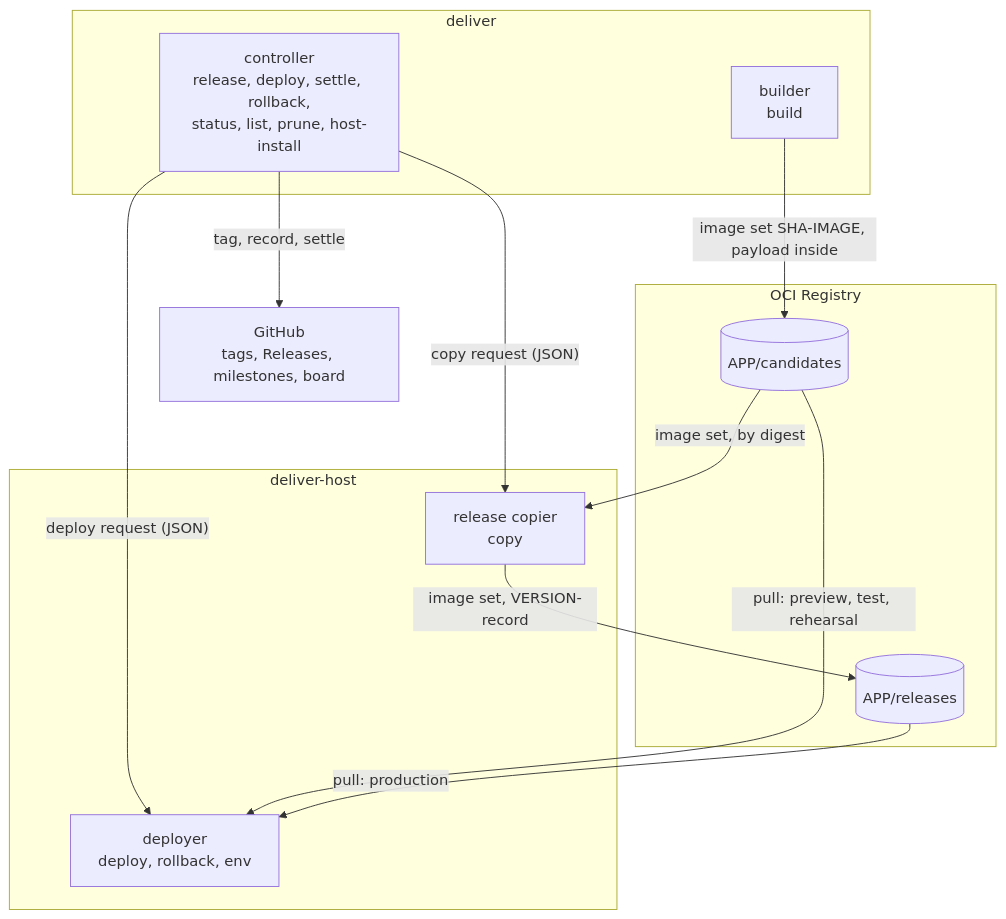
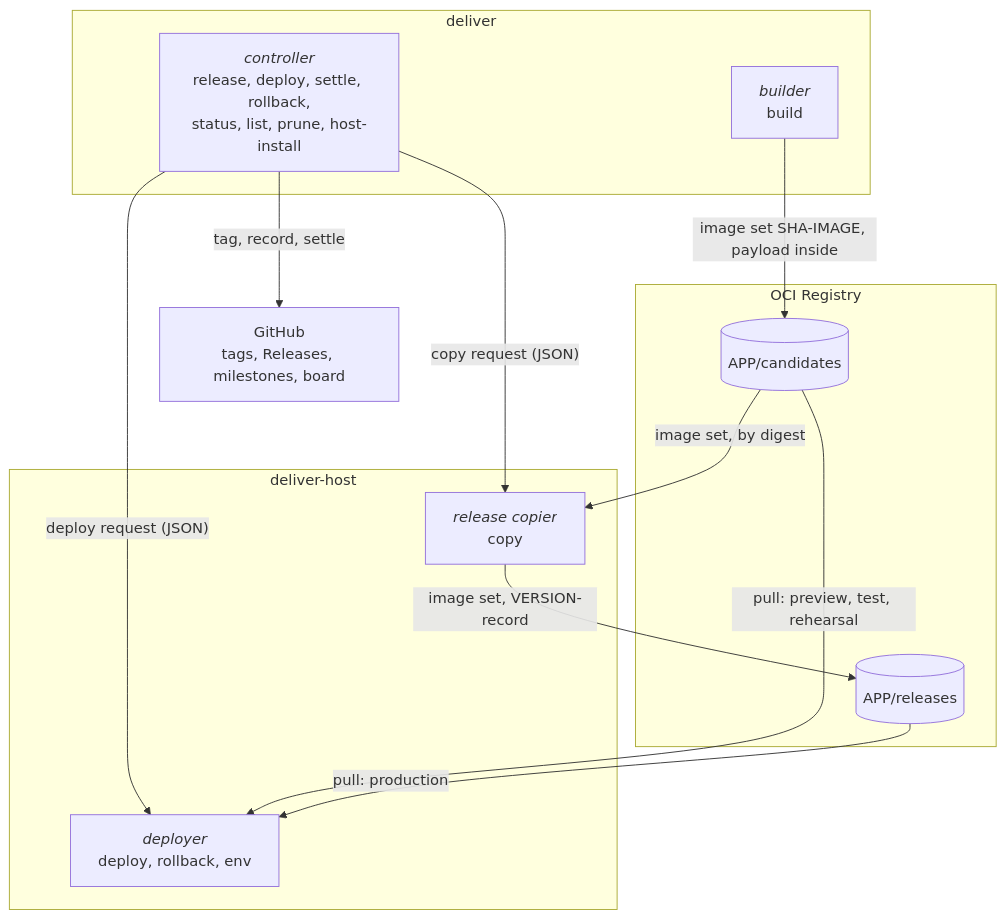
Before and after one commit to delphside/programme: the first of 5 diagrams in records/2.5-changes/programme-tooling/117-generic-deliver-tool/design.md, drawn with Mermaid. The commit also changed other lines of this file, not shown here.

First line of the commit message:
Change 117: design diagrams put the component first, in italics

````diff
--- a/records/2.5-changes/programme-tooling/117-generic-deliver-tool/design.md
+++ b/records/2.5-changes/programme-tooling/117-generic-deliver-tool/design.md
@@ -67,24 +67,24 @@
 ```mermaid
 flowchart TB
   subgraph DELIVER["deliver"]
-    CTL["controller<br>release, deploy, settle, rollback,<br>status, list, prune, host-install"]
-    BLD["builder<br>build"]
+    CTL["<i>controller</i><br>release, deploy, settle, rollback,<br>status, list, prune, host-install"]
+    BLD["<i>builder</i><br>build"]
   end
   subgraph HOST["deliver-host"]
-    COPY["release copier<br>copy"]
-    DEP["deployer<br>deploy, rollback, env"]
+    COPY["<i>release copier</i><br>copy"]
+    DEP["<i>deployer</i><br>deploy, rollback, env"]
   end
   subgraph OCIR["OCI Registry"]
     CAND[("APP/candidates")]
     REL[("APP/releases")]
   end
   GH["GitHub<br>tags, Releases, milestones, board"]
   BLD -->|"image set SHA-IMAGE, payload inside"| CAND
   CTL -->|"copy request (JSON)"| COPY
   CAND -->|"image set, by digest"| COPY
   COPY -->|"image set, VERSION-record"| REL
   CTL -->|"deploy request (JSON)"| DEP
   CAND -->|"pull: preview, test, rehearsal"| DEP
   REL -->|"pull: production"| DEP
   CTL -->|"tag, record, settle"| GH
 ```
````
